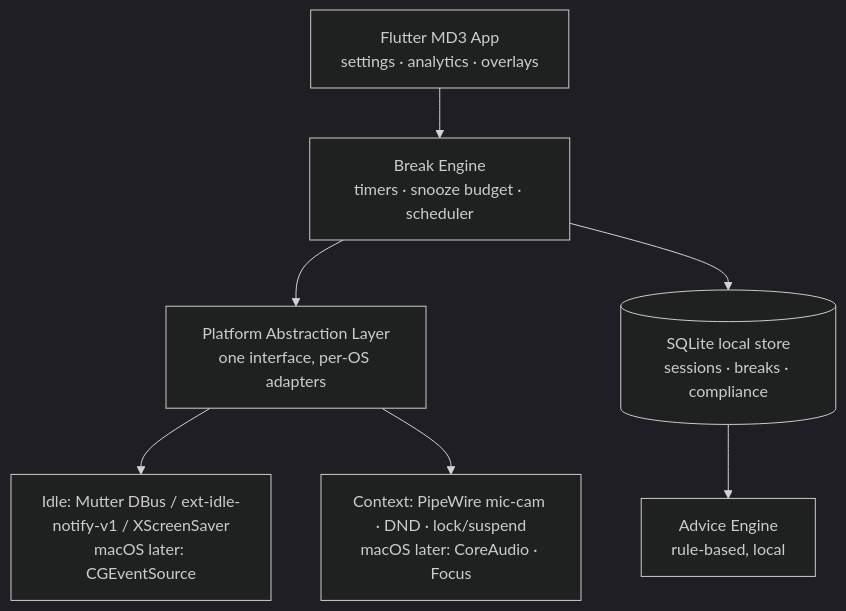
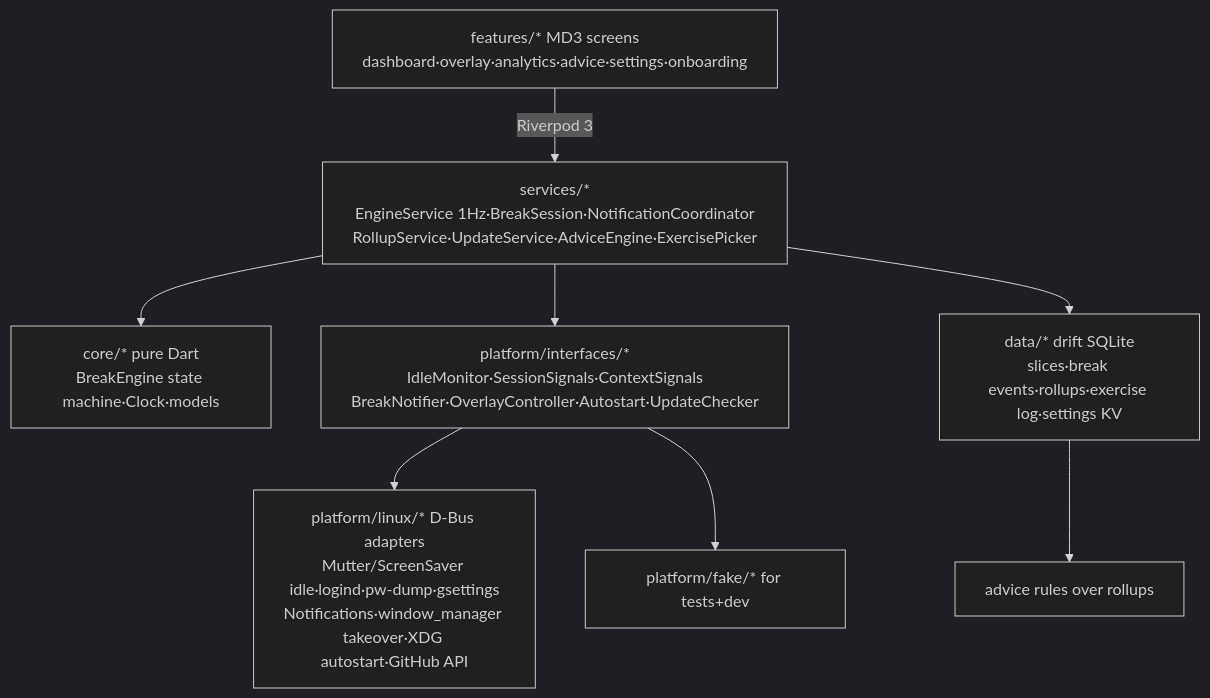
The diagram in docs/knowledge_graph.md (Xern-AI/RestifEye), drawn with Mermaid (dark theme) before and after one commit. The commit also changed other lines of this file and 11 other files, not shown here.

````diff
--- a/docs/knowledge_graph.md
+++ b/docs/knowledge_graph.md
@@ -7,9 +7,11 @@
 ```mermaid
 graph TD
-    UI[Flutter MD3 App<br/>settings · analytics · overlays] --> Core[Break Engine<br/>timers · snooze budget · scheduler]
-    Core --> Plat[Platform Abstraction Layer<br/>one interface, per-OS adapters]
-    Plat --> Idle[Idle: Mutter DBus / ext-idle-notify-v1 / XScreenSaver<br/>macOS later: CGEventSource]
-    Plat --> Ctx[Context: PipeWire mic-cam · DND · lock/suspend<br/>macOS later: CoreAudio · Focus]
-    Core --> Store[(SQLite local store<br/>sessions · breaks · compliance)]
-    Store --> Advice[Advice Engine<br/>rule-based, local]
+    UI[features/* MD3 screens<br/>dashboard·overlay·analytics·advice·settings·onboarding] -->|Riverpod 3| SVC
+    SVC[services/*<br/>EngineService 1Hz·BreakSession·NotificationCoordinator<br/>RollupService·UpdateService·AdviceEngine·ExercisePicker] --> CORE
+    CORE[core/* pure Dart<br/>BreakEngine state machine·Clock·models] 
+    SVC --> PLAT[platform/interfaces/*<br/>IdleMonitor·SessionSignals·ContextSignals<br/>BreakNotifier·OverlayController·Autostart·UpdateChecker]
+    PLAT --> LINUX[platform/linux/* D-Bus adapters<br/>Mutter/ScreenSaver idle·logind·pw-dump·gsettings<br/>Notifications·window_manager takeover·XDG autostart·GitHub API]
+    PLAT --> FAKE[platform/fake/* for tests+dev]
+    SVC --> DATA[data/* drift SQLite<br/>slices·break events·rollups·exercise log·settings KV]
+    DATA --> ADVICE[advice rules over rollups]
 ```
````
